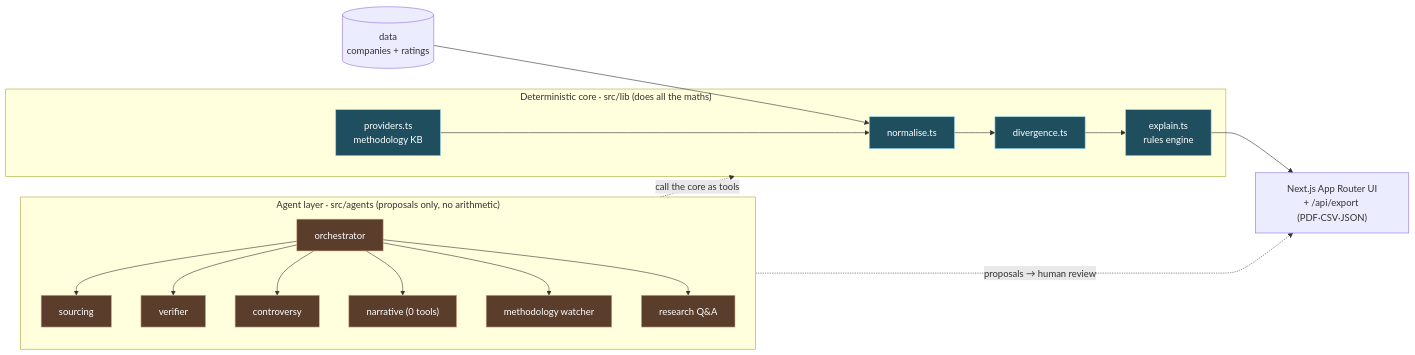
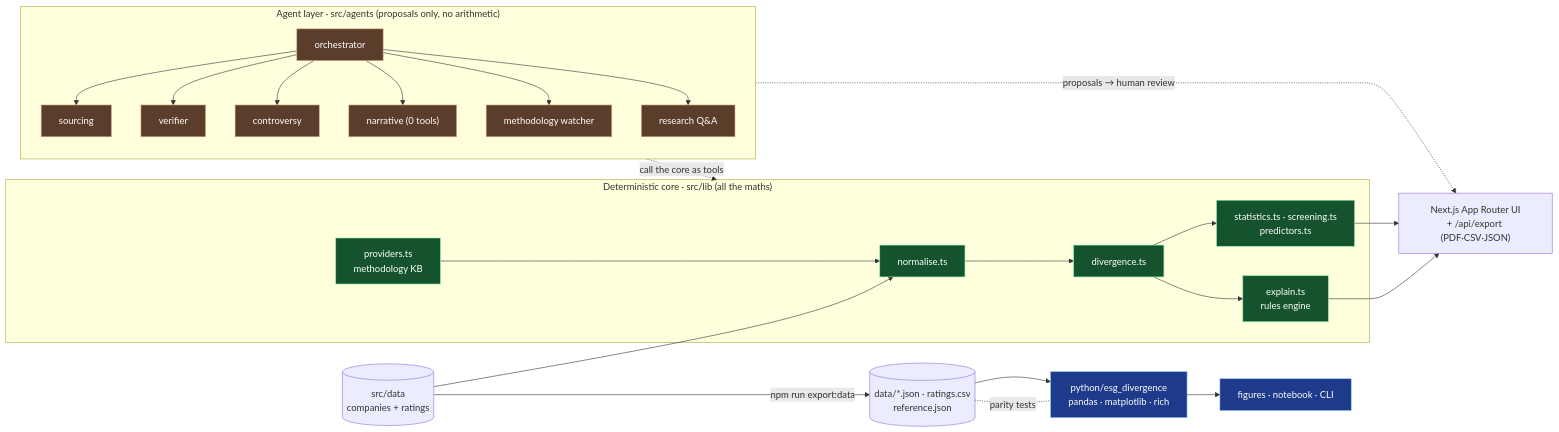
One commit to ANNYM25/esg-ratings-divergence changed the diagram in README.md. Above: the diagram before and after it, drawn with Mermaid. The commit also changed other lines of this file and 2 other files, not shown here.

Commit message:
Rebuild the README around the findings, figures and Python engine

````diff
--- a/README.md
+++ b/README.md
@@ -189,32 +222,42 @@
 ```mermaid
 flowchart LR
-    D[("data<br/>companies + ratings")] --> N[normalise.ts]
+    D[("src/data<br/>companies + ratings")] --> N[normalise.ts]
     P["providers.ts<br/>methodology KB"] --> N
     N --> DV[divergence.ts]
+    DV --> ST["statistics.ts · screening.ts<br/>predictors.ts"]
     DV --> EX["explain.ts<br/>rules engine"]
-    EX --> UI["Next.js App Router UI<br/>+ /api/export (PDF·CSV·JSON)"]
+    ST --> UI["Next.js App Router UI<br/>+ /api/export (PDF·CSV·JSON)"]
+    EX --> UI
 
-    subgraph CORE["Deterministic core · src/lib (does all the maths)"]
+    D -- "npm run export:data" --> J[("data/*.json · ratings.csv<br/>reference.json")]
+    J --> PY["python/esg_divergence<br/>pandas · matplotlib · rich"]
+    PY --> FIG["figures · notebook · CLI"]
+    J -. "parity tests" .- PY
+
+    subgraph CORE["Deterministic core · src/lib (all the maths)"]
         P
         N
         DV
+        ST
         EX
     end
 
     subgraph AGENTS["Agent layer · src/agents (proposals only, no arithmetic)"]
         O["orchestrator"] --> SRC["sourcing"]
         O --> VER["verifier"]
         O --> CON["controversy"]
         O --> NAR["narrative (0 tools)"]
         O --> WCH["methodology watcher"]
         O --> QNA["research Q&A"]
     end
 
     AGENTS -. "call the core as tools" .-> CORE
     AGENTS -. "proposals → human review" .-> UI
 
-    classDef core fill:#1f4e5f,stroke:#8fd3e8,color:#fff;
+    classDef core fill:#14532d,stroke:#86efac,color:#fff;
     classDef agent fill:#5a3d2b,stroke:#e0b088,color:#fff;
-    class P,N,DV,EX core;
+    classDef py fill:#1e3a8a,stroke:#93c5fd,color:#fff;
+    class P,N,DV,ST,EX core;
     class O,SRC,VER,CON,NAR,WCH,QNA agent;
+    class PY,FIG py;
 ```
````
